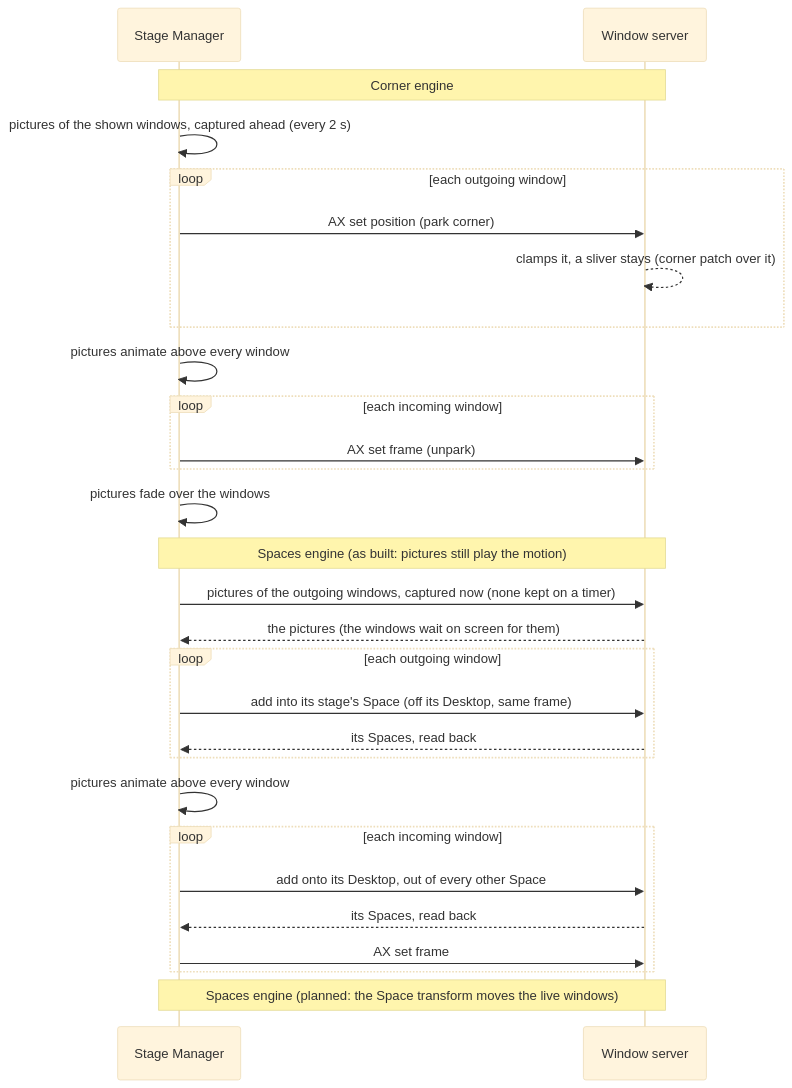
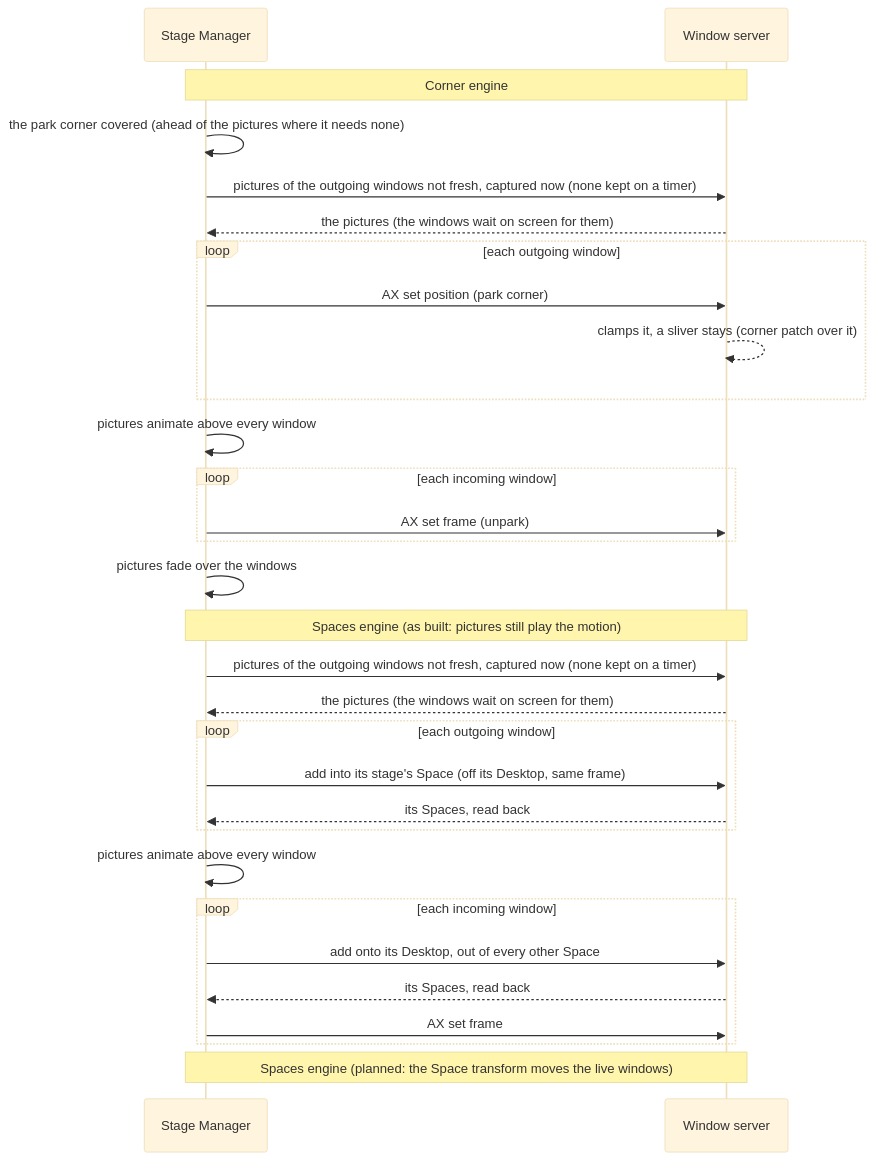
The second of 4 diagrams in docs/ARCHITECTURE.md (eugene-tea/stage-manager), drawn with Mermaid (base theme) before and after one commit. The commit also changed other lines of this file and 117 other files, not shown here.

````diff
--- a/docs/ARCHITECTURE.md
+++ b/docs/ARCHITECTURE.md
@@ -234,30 +269,32 @@
 ```mermaid
 sequenceDiagram
     participant SM as Stage Manager
     participant WS as Window server
     Note over SM,WS: Corner engine
-    SM->>SM: pictures of the shown windows, captured ahead (every 2 s)
+    SM->>SM: the park corner covered (ahead of the pictures where it needs none)
+    SM->>WS: pictures of the outgoing windows not fresh, captured now (none kept on a timer)
+    WS-->>SM: the pictures (the windows wait on screen for them)
     loop each outgoing window
         SM->>WS: AX set position (park corner)
         WS-->>WS: clamps it, a sliver stays (corner patch over it)
     end
     SM->>SM: pictures animate above every window
     loop each incoming window
         SM->>WS: AX set frame (unpark)
     end
     SM->>SM: pictures fade over the windows
     Note over SM,WS: Spaces engine (as built: pictures still play the motion)
-    SM->>WS: pictures of the outgoing windows, captured now (none kept on a timer)
+    SM->>WS: pictures of the outgoing windows not fresh, captured now (none kept on a timer)
     WS-->>SM: the pictures (the windows wait on screen for them)
     loop each outgoing window
         SM->>WS: add into its stage's Space (off its Desktop, same frame)
         WS-->>SM: its Spaces, read back
     end
     SM->>SM: pictures animate above every window
     loop each incoming window
         SM->>WS: add onto its Desktop, out of every other Space
         WS-->>SM: its Spaces, read back
         SM->>WS: AX set frame
     end
     Note over SM,WS: Spaces engine (planned: the Space transform moves the live windows)
 ```
````
